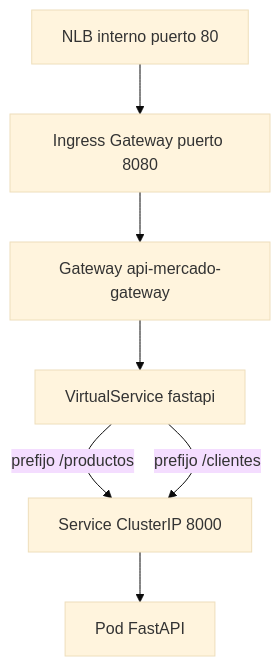
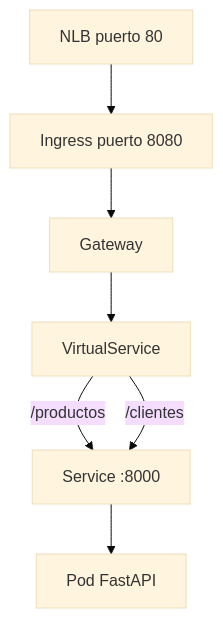
One commit to marlon-figueroa/iac_api_mercado changed the diagram in docs/diagramas/istio-trafico.mmd. Above: the diagram before and after it, drawn with Mermaid. The commit also changed 11 other files, not shown here.

Commit message:
Update mermaid configuration, enhance PDF header for better image handling, and refine documentation. Adjusted font size in mermaid config, improved LaTeX settings to prevent image overflow, and clarified diagram generation process in the documentation.

```diff
--- a/docs/diagramas/istio-trafico.mmd
+++ b/docs/diagramas/istio-trafico.mmd
@@ -1,13 +1,8 @@
 %%{init: {'theme': 'base', 'flowchart': {'useMaxWidth': false}}}%%
 flowchart TB
-  NLB[NLB interno puerto 80]
-  IG[Ingress Gateway puerto 8080]
-  GW[Gateway api-mercado-gateway]
-  VS[VirtualService fastapi]
-  SVC[Service ClusterIP 8000]
-  Pod[Pod FastAPI]
-
-  NLB --> IG --> GW --> VS
-  VS -->|prefijo /productos| SVC
-  VS -->|prefijo /clientes| SVC
-  SVC --> Pod
+  NLB[NLB puerto 80] --> IG[Ingress puerto 8080]
+  IG --> GW[Gateway]
+  GW --> VS[VirtualService]
+  VS -->|/productos| SVC[Service :8000]
+  VS -->|/clientes| SVC
+  SVC --> Pod[Pod FastAPI]
```
